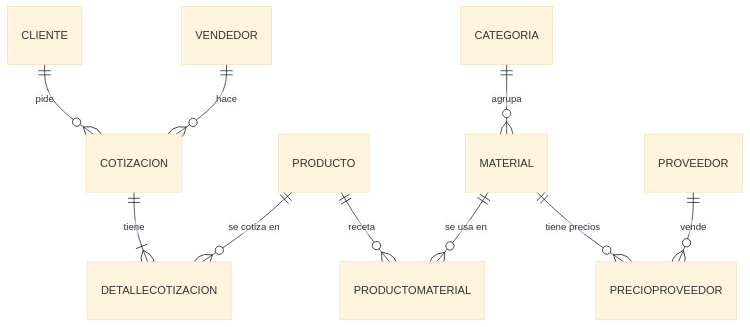
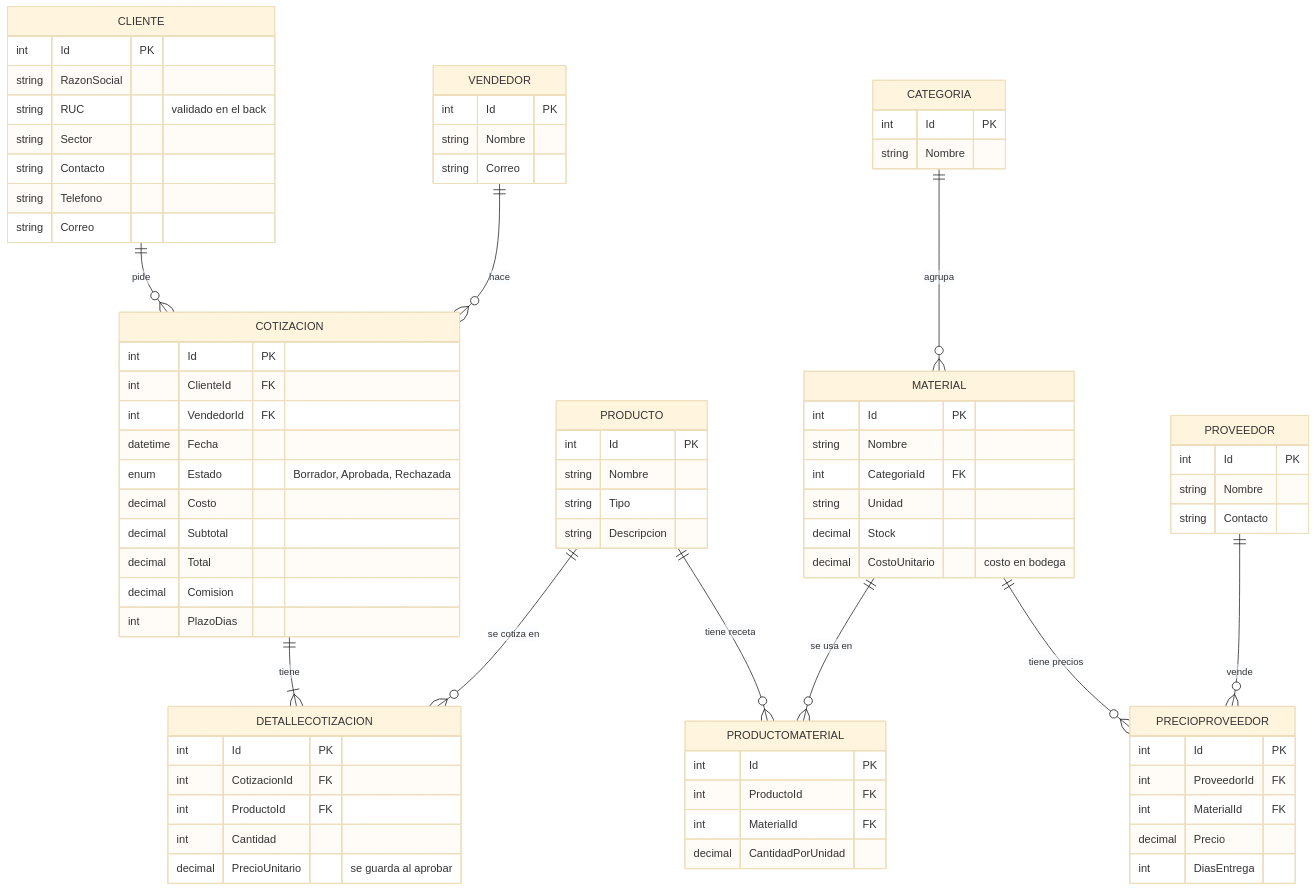
Before and after one commit to TheRealJeankisK/InsecomCotizador: the second of 3 diagrams in README.md, drawn with Mermaid (base theme). The commit also changed other lines of this file, not shown here.

Commit message:
diagrama de tablas con sus campos en el readme

````diff
--- a/README.md
+++ b/README.md
@@ -87,12 +89,82 @@
 ```mermaid
 erDiagram
     CLIENTE ||--o{ COTIZACION : pide
     VENDEDOR ||--o{ COTIZACION : hace
     COTIZACION ||--|{ DETALLECOTIZACION : tiene
     PRODUCTO ||--o{ DETALLECOTIZACION : "se cotiza en"
-    PRODUCTO ||--o{ PRODUCTOMATERIAL : "receta"
+    PRODUCTO ||--o{ PRODUCTOMATERIAL : "tiene receta"
     MATERIAL ||--o{ PRODUCTOMATERIAL : "se usa en"
     CATEGORIA ||--o{ MATERIAL : agrupa
     MATERIAL ||--o{ PRECIOPROVEEDOR : "tiene precios"
     PROVEEDOR ||--o{ PRECIOPROVEEDOR : vende
+
+    CLIENTE {
+        int Id PK
+        string RazonSocial
+        string RUC "validado en el back"
+        string Sector
+        string Contacto
+        string Telefono
+        string Correo
+    }
+    VENDEDOR {
+        int Id PK
+        string Nombre
+        string Correo
+    }
+    COTIZACION {
+        int Id PK
+        int ClienteId FK
+        int VendedorId FK
+        datetime Fecha
+        enum Estado "Borrador, Aprobada, Rechazada"
+        decimal Costo
+        decimal Subtotal
+        decimal Total
+        decimal Comision
+        int PlazoDias
+    }
+    DETALLECOTIZACION {
+        int Id PK
+        int CotizacionId FK
+        int ProductoId FK
+        int Cantidad
+        decimal PrecioUnitario "se guarda al aprobar"
+    }
+    PRODUCTO {
+        int Id PK
+        string Nombre
+        string Tipo
+        string Descripcion
+    }
+    PRODUCTOMATERIAL {
+        int Id PK
+        int ProductoId FK
+        int MaterialId FK
+        decimal CantidadPorUnidad
+    }
+    MATERIAL {
+        int Id PK
+        string Nombre
+        int CategoriaId FK
+        string Unidad
+        decimal Stock
+        decimal CostoUnitario "costo en bodega"
+    }
+    CATEGORIA {
+        int Id PK
+        string Nombre
+    }
+    PRECIOPROVEEDOR {
+        int Id PK
+        int ProveedorId FK
+        int MaterialId FK
+        decimal Precio
+        int DiasEntrega
+    }
+    PROVEEDOR {
+        int Id PK
+        string Nombre
+        string Contacto
+    }
 ```
````
